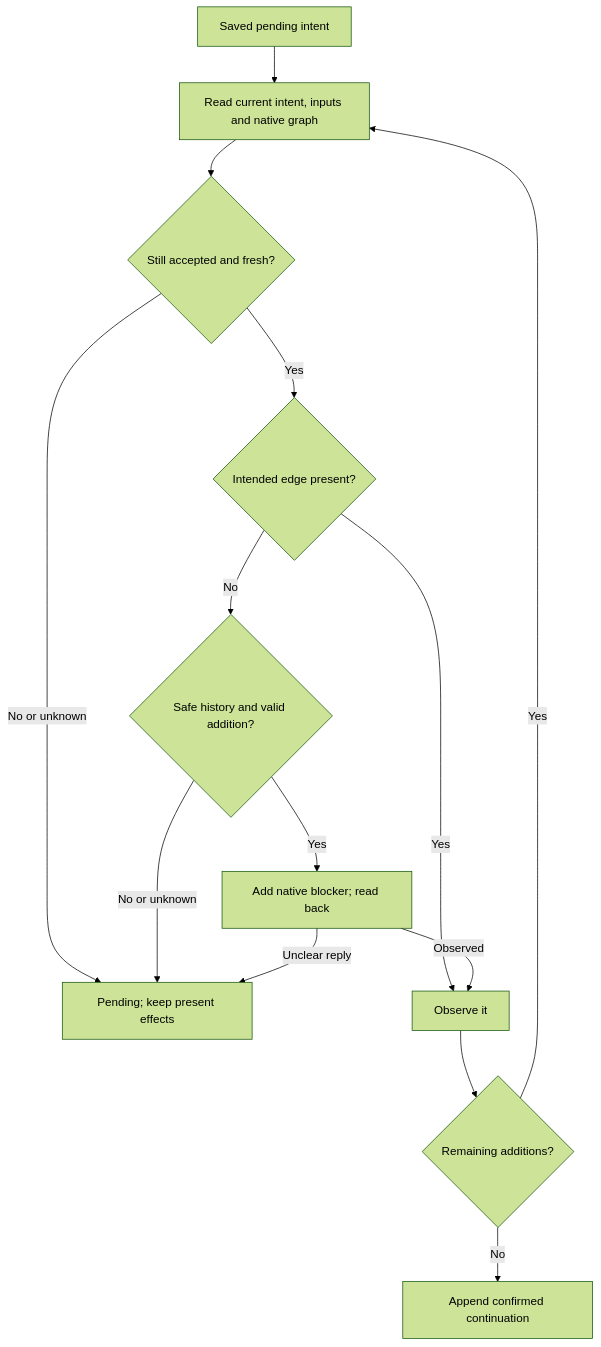
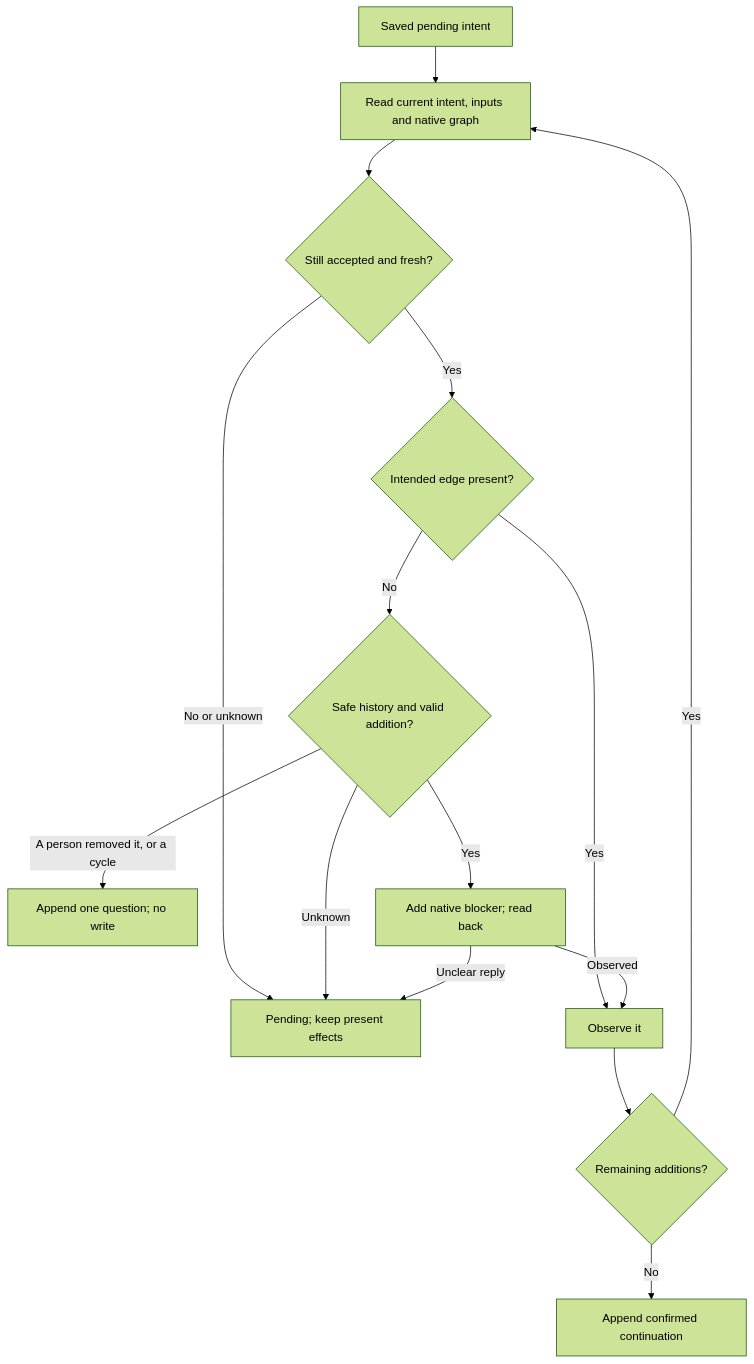
One commit to promptdriven/pdd changed the diagram in prompts/cli/issue-dependencies-github.prompt.md. Above: the diagram before and after it, drawn with Mermaid (forest theme). The commit also changed other lines of this file and 8 other files, not shown here.

````diff
--- a/prompts/cli/issue-dependencies-github.prompt.md
+++ b/prompts/cli/issue-dependencies-github.prompt.md
@@ -135,16 +135,17 @@
 ```mermaid
 flowchart TD
   A[Saved pending intent] --> B[Read current intent, inputs and native graph]
   B --> C{Still accepted and fresh?}
   C -->|No or unknown| P[Pending; keep present effects]
   C -->|Yes| D{Intended edge present?}
   D -->|Yes| O[Observe it]
   D -->|No| H{Safe history and valid addition?}
-  H -->|No or unknown| P
+  H -->|Unknown| P
+  H -->|A person removed it, or a cycle| Q[Append one question; no write]
   H -->|Yes| W[Add native blocker; read back]
   W -->|Unclear reply| P
   W -->|Observed| O
   O --> N{Remaining additions?}
   N -->|Yes| B
   N -->|No| F[Append confirmed continuation]
 ```
````
